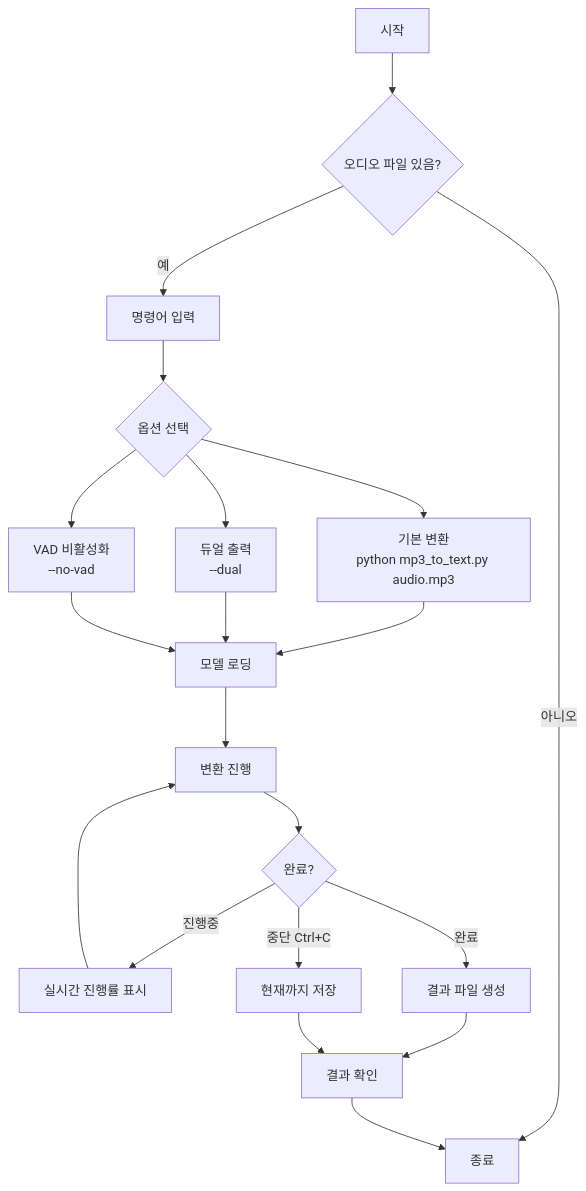
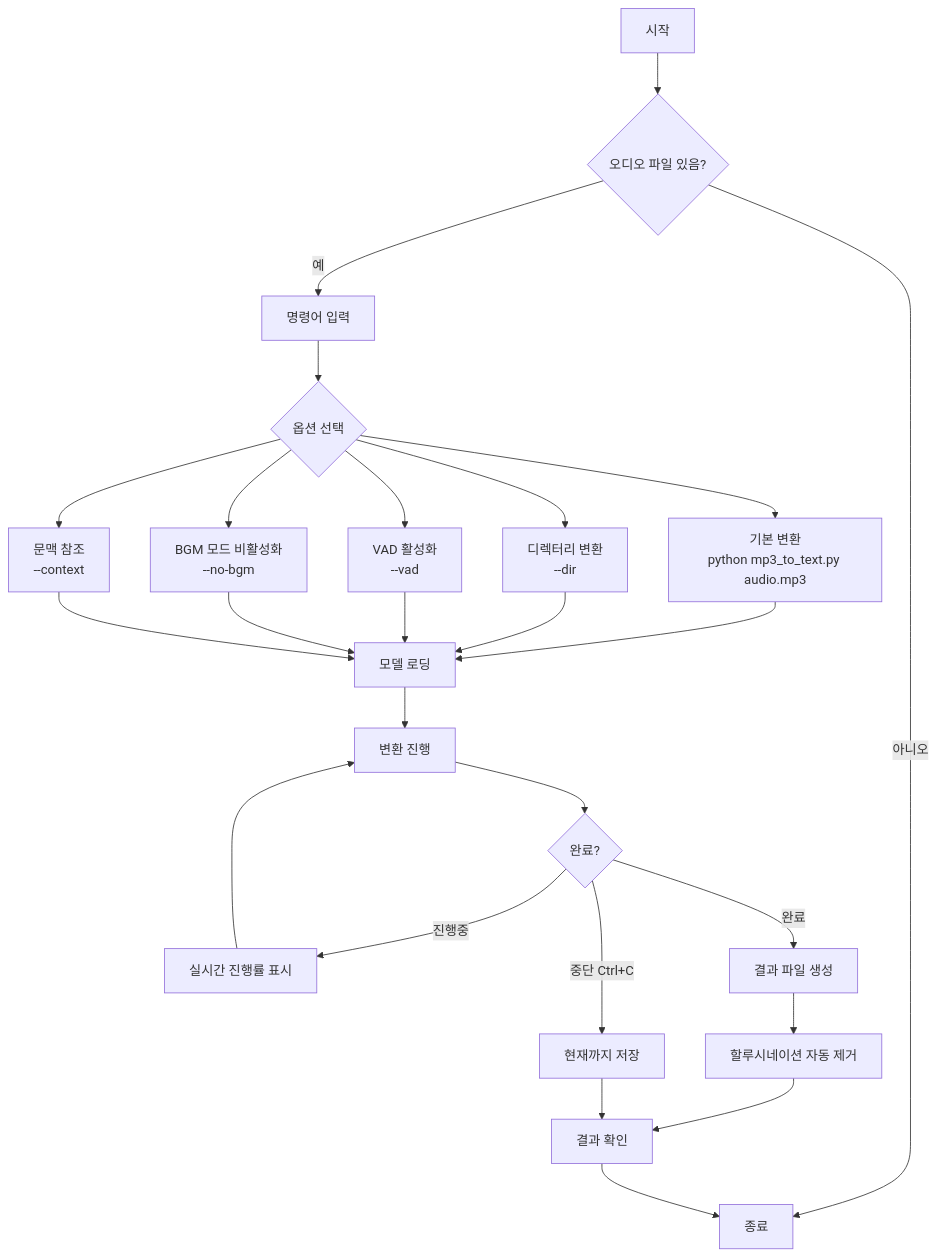
One commit to YeonHongMin/mp3m4a-to-text changed the second of 8 diagrams in docs/3_User_Flow.md. Above: the diagram before and after it, drawn with Mermaid. The commit also changed other lines of this file and 12 other files, not shown here.

````diff
--- a/docs/3_User_Flow.md
+++ b/docs/3_User_Flow.md
@@ -28,26 +29,31 @@
 ```mermaid
 flowchart TD
     A[시작] --> B{오디오 파일 있음?}
     B -->|예| C[명령어 입력]
     B -->|아니오| Z[종료]
     
     C --> D{옵션 선택}
     D --> E[기본 변환<br/>python mp3_to_text.py audio.mp3]
-    D --> F[듀얼 출력<br/>--dual]
-    D --> G[VAD 비활성화<br/>--no-vad]
+    D --> F[디렉터리 변환<br/>--dir]
+    D --> G[VAD 활성화<br/>--vad]
+    D --> G2[BGM 모드 비활성화<br/>--no-bgm]
+    D --> G3[문맥 참조<br/>--context]
     
     E --> H[모델 로딩]
     F --> H
     G --> H
+    G2 --> H
+    G3 --> H
     
     H --> I[변환 진행]
     I --> J{완료?}
     J -->|진행중| K[실시간 진행률 표시]
     K --> I
     J -->|완료| L[결과 파일 생성]
     J -->|중단 Ctrl+C| M[현재까지 저장]
     
-    L --> N[결과 확인]
-    M --> N
-    N --> Z
+    L --> N[할루시네이션 자동 제거]
+    N --> O[결과 확인]
+    M --> O
+    O --> Z
 ```
````
